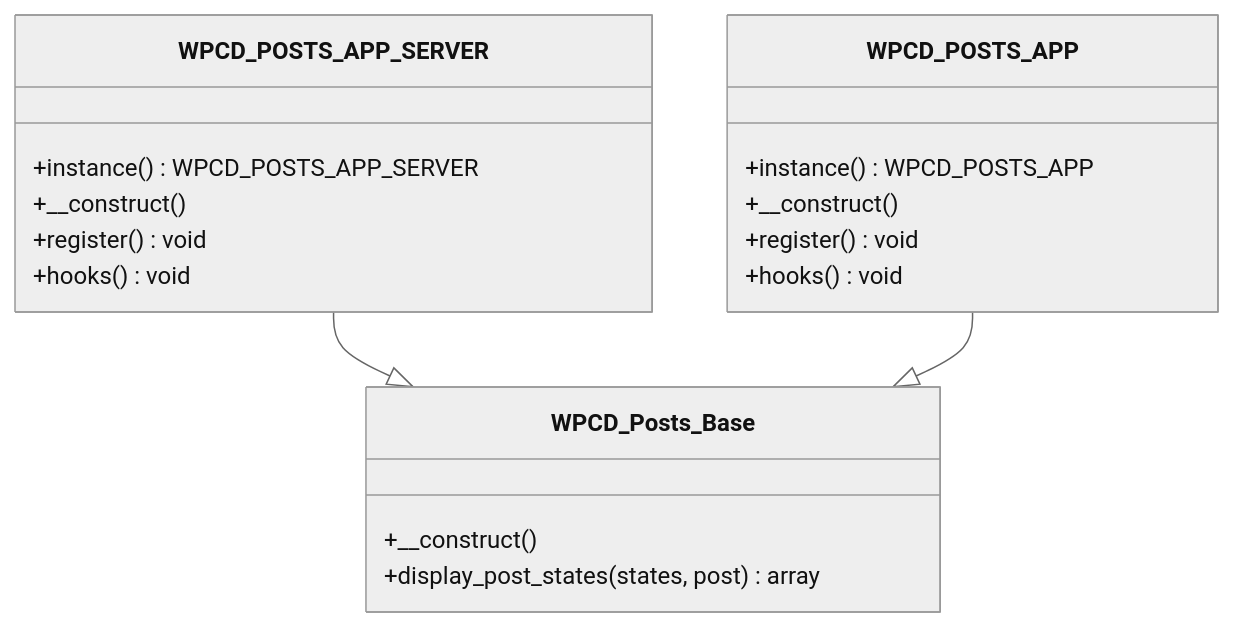
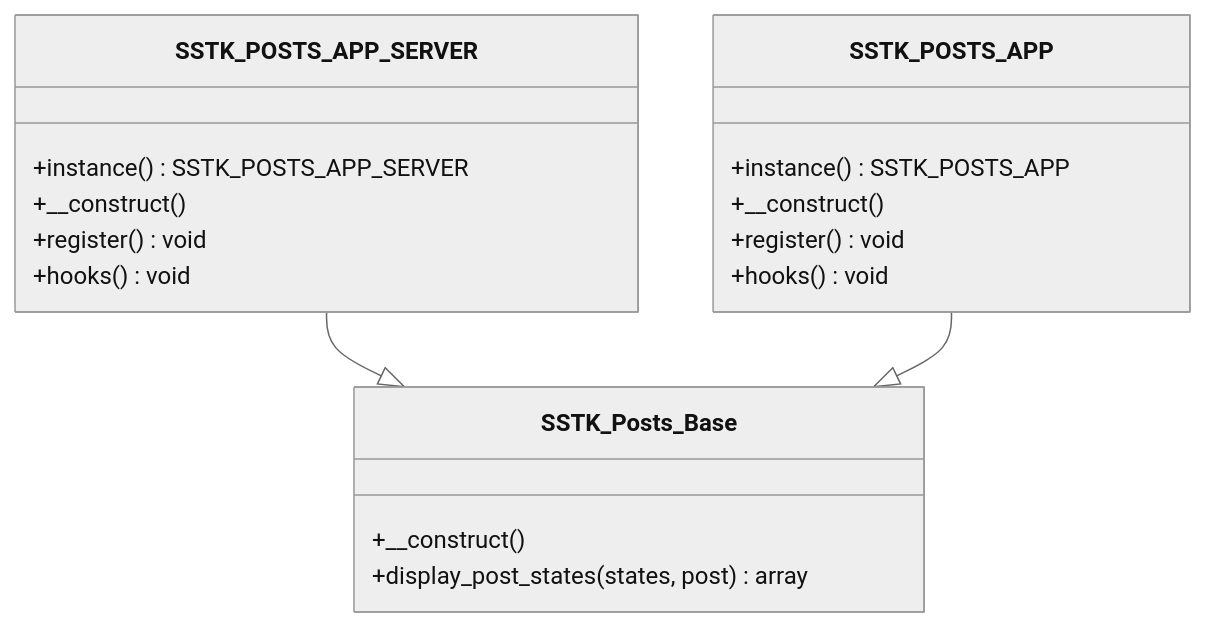
The fifth of 10 diagrams in .qoder/repowiki/en/content/Core Components/Core Components.md (onedogsolutions/simple-stack), drawn with Mermaid (neutral theme) before and after one commit. The commit also changed other lines of this file and 5941 other files, not shown here.

````diff
--- a/.qoder/repowiki/en/content/Core Components/Core Components.md
+++ b/.qoder/repowiki/en/content/Core Components/Core Components.md
@@ -171,21 +171,21 @@
 ```mermaid
 classDiagram
-class WPCD_Posts_Base {
+class SSTK_Posts_Base {
 +__construct()
 +display_post_states(states, post) array
 }
-class WPCD_POSTS_APP_SERVER {
-+instance() WPCD_POSTS_APP_SERVER
+class SSTK_POSTS_APP_SERVER {
++instance() SSTK_POSTS_APP_SERVER
 +__construct()
 +register() void
 +hooks() void
 }
-class WPCD_POSTS_APP {
-+instance() WPCD_POSTS_APP
+class SSTK_POSTS_APP {
++instance() SSTK_POSTS_APP
 +__construct()
 +register() void
 +hooks() void
 }
-WPCD_POSTS_APP_SERVER --|> WPCD_Posts_Base
-WPCD_POSTS_APP --|> WPCD_Posts_Base
+SSTK_POSTS_APP_SERVER --|> SSTK_Posts_Base
+SSTK_POSTS_APP --|> SSTK_Posts_Base
 ```
````
